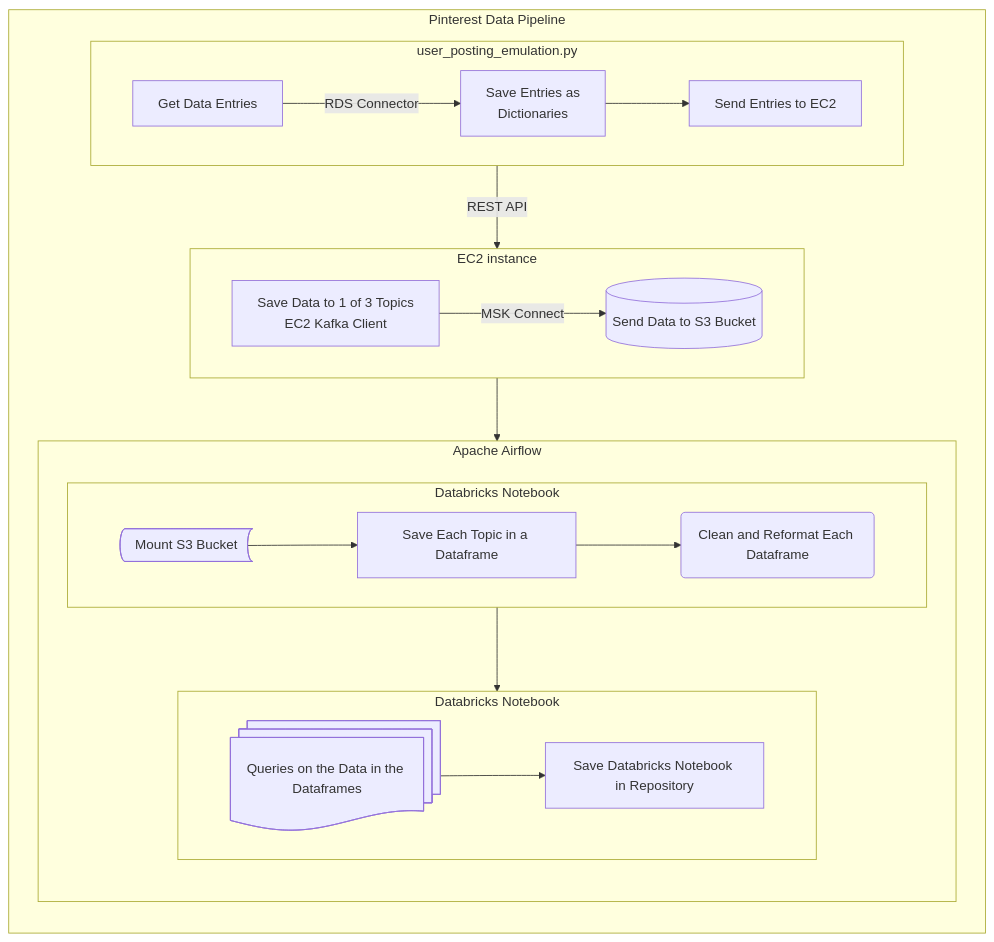
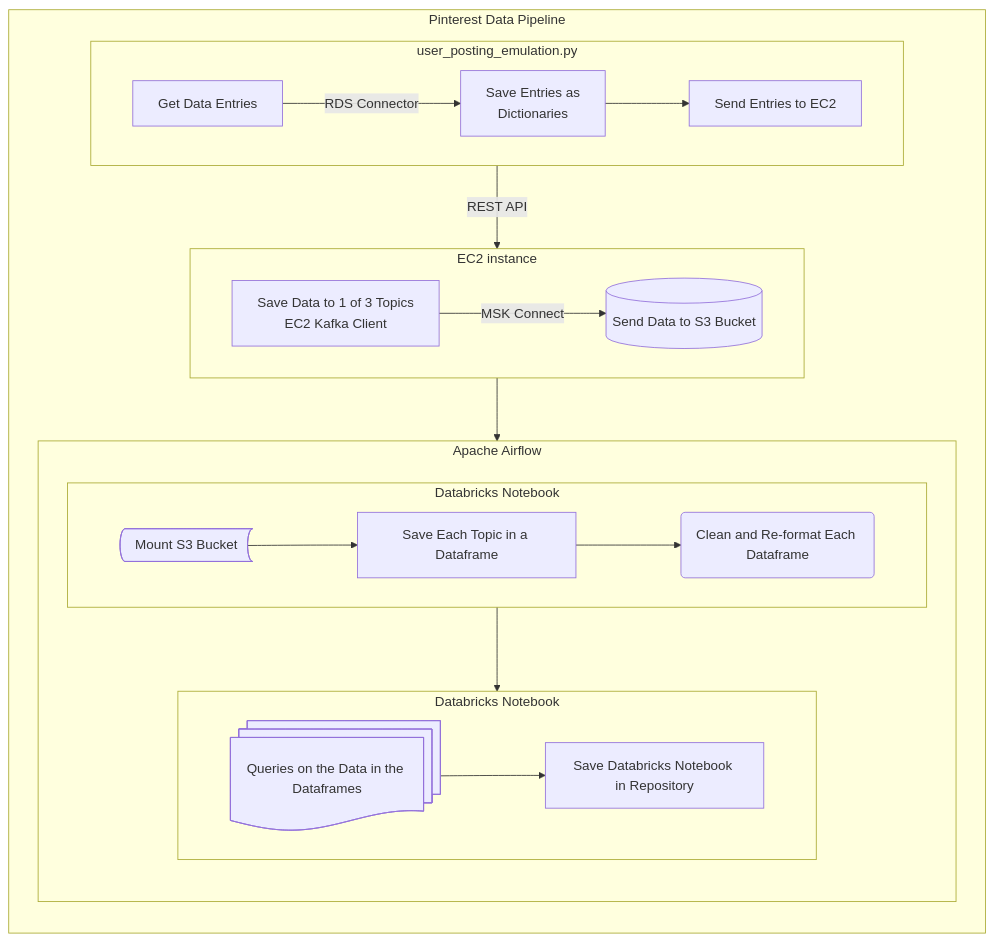
Before and after one commit to ChileMathAcc/pinterest-data-pipeline68: the first of 2 diagrams in README.md, drawn with Mermaid. The commit also changed other lines of this file, not shown here.

````diff
--- a/README.md
+++ b/README.md
@@ -69,38 +71,37 @@
 ```mermaid
 flowchart TB
   
   subgraph a[Pinterest Data Pipeline]
     direction TB
-      
-      subgraph p[Apache Airflow]
+
+      subgraph i[Apache Airflow]
         direction TB
+
+        subgraph j[Databricks Notebook]
+          direction LR
+            k@{shape: docs, label : "Queries on the Data in the Dataframes"} --> l[Save Databricks Notebook in Repository]
+        end
 
         subgraph m[Databricks Notebook]
           direction LR
-            n@{shape: docs, label : "Queries on the Data in the Dataframes"} --> o[Save Databricks Notebook in Repository]
-        end
-
-        subgraph i[Databricks Notebook]
-          direction LR
-            j@{shape: bow-rect, label: "Mount S3 Bucket"} --> k[Save Each Topic in a Dataframe];
-            k --> l(Clean and Reformat Each Dataframe);
+            n@{shape: bow-rect, label: "Mount S3 Bucket"} --> o[Save Each Topic in a Dataframe];
+            o --> p(Clean and Re-format Each Dataframe);
         end
   end
 
   subgraph f[EC2 instance]
     direction LR
       g[Save Data to 1 of 3 Topics <br> EC2 Kafka Client] -- MSK Connect --> h[(Send Data to S3 Bucket)];
   end
 
   subgraph b[user_posting_emulation.py]
     direction LR
       c[Get Data Entries] -- RDS Connector --> d[Save Entries as <br> Dictionaries];
         d --> e[Send Entries to EC2]
   end
 
   b -- REST API --> f
-  f --> i
-  i --> m
-
+  f --> m
+  m --> j
 end
 ```
````
